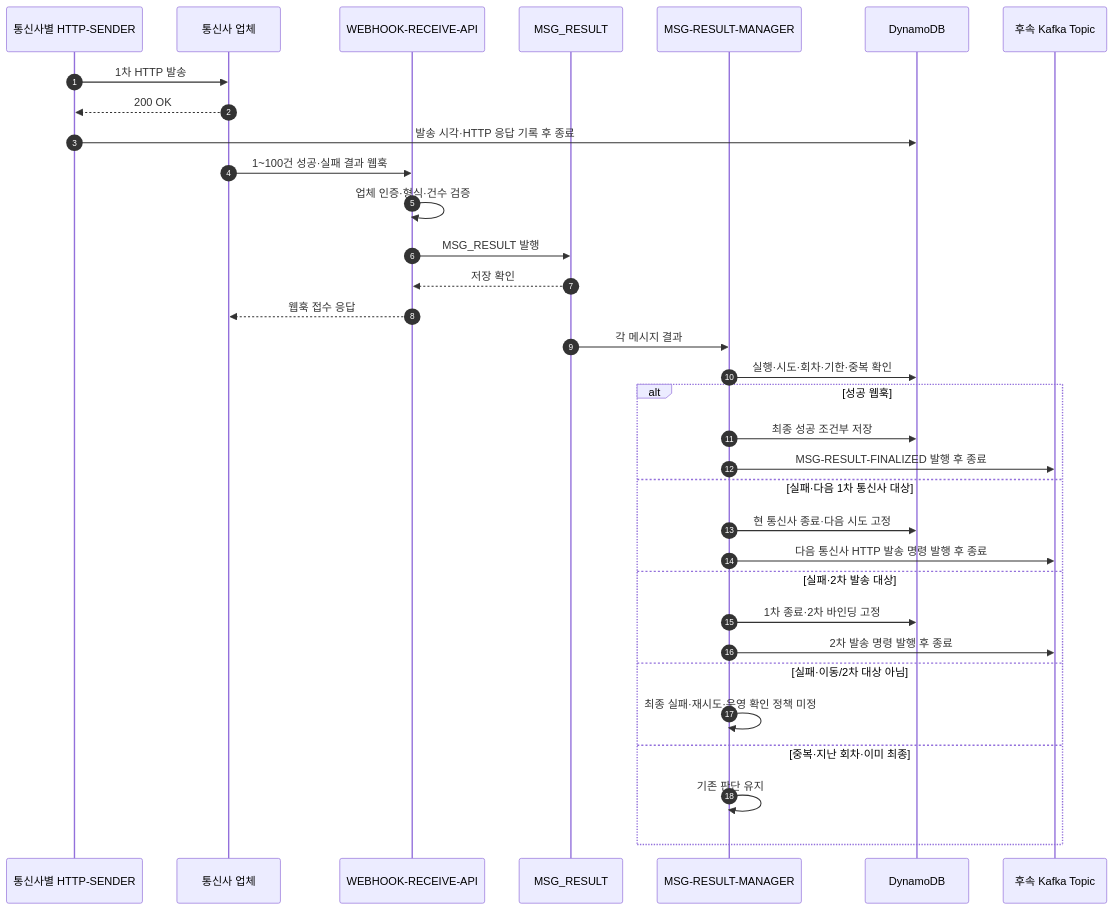
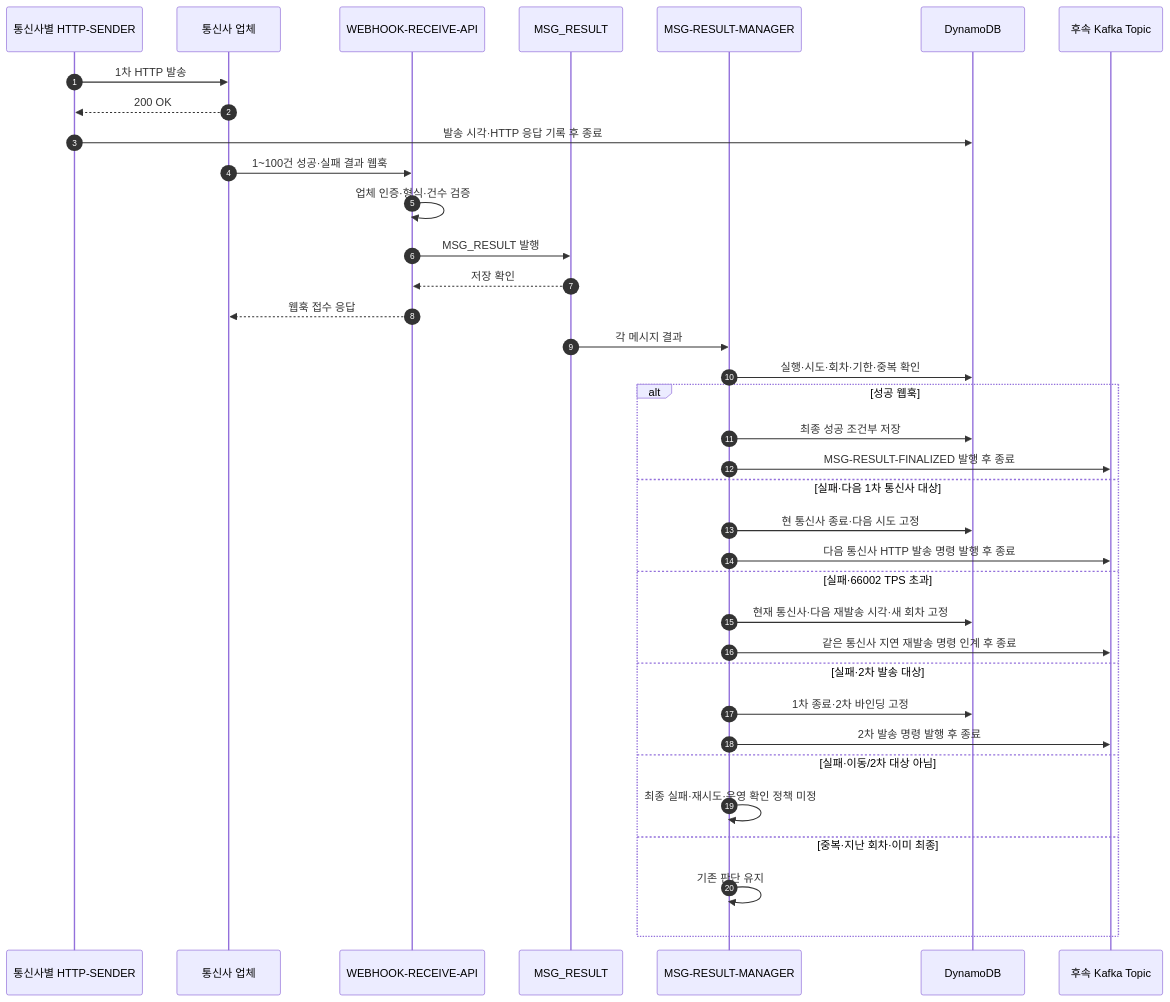
Before and after one commit to hyun-seung/High-throughput-event-platform: the seventh of 10 diagrams in docs/53-신규-메시지-케이스별-Call-Flow.md, drawn with Mermaid. The commit also changed other lines of this file and 4 other files, not shown here.

Commit message:
통신사 불일치와 TPS 재시도 코드 정의

````diff
--- a/docs/53-신규-메시지-케이스별-Call-Flow.md
+++ b/docs/53-신규-메시지-케이스별-Call-Flow.md
@@ -193,35 +193,38 @@
 ```mermaid
 sequenceDiagram
     autonumber
     participant S as 통신사별 HTTP-SENDER
     participant P as 통신사 업체
     participant W as WEBHOOK-RECEIVE-API
     participant K as MSG_RESULT
     participant M as MSG-RESULT-MANAGER
     participant D as DynamoDB
     participant T as 후속 Kafka Topic
     S->>P: 1차 HTTP 발송
     P-->>S: 200 OK
     S->>D: 발송 시각·HTTP 응답 기록 후 종료
     P->>W: 1~100건 성공·실패 결과 웹훅
     W->>W: 업체 인증·형식·건수 검증
     W->>K: MSG_RESULT 발행
     K-->>W: 저장 확인
     W-->>P: 웹훅 접수 응답
     K->>M: 각 메시지 결과
     M->>D: 실행·시도·회차·기한·중복 확인
     alt 성공 웹훅
         M->>D: 최종 성공 조건부 저장
         M->>T: MSG-RESULT-FINALIZED 발행 후 종료
     else 실패·다음 1차 통신사 대상
         M->>D: 현 통신사 종료·다음 시도 고정
         M->>T: 다음 통신사 HTTP 발송 명령 발행 후 종료
+    else 실패·66002 TPS 초과
+        M->>D: 현재 통신사·다음 재발송 시각·새 회차 고정
+        M->>T: 같은 통신사 지연 재발송 명령 인계 후 종료
     else 실패·2차 발송 대상
         M->>D: 1차 종료·2차 바인딩 고정
         M->>T: 2차 발송 명령 발행 후 종료
     else 실패·이동/2차 대상 아님
         M->>M: 최종 실패·재시도·운영 확인 정책 미정
     else 중복·지난 회차·이미 최종
         M->>M: 기존 판단 유지
     end
 ```
````
